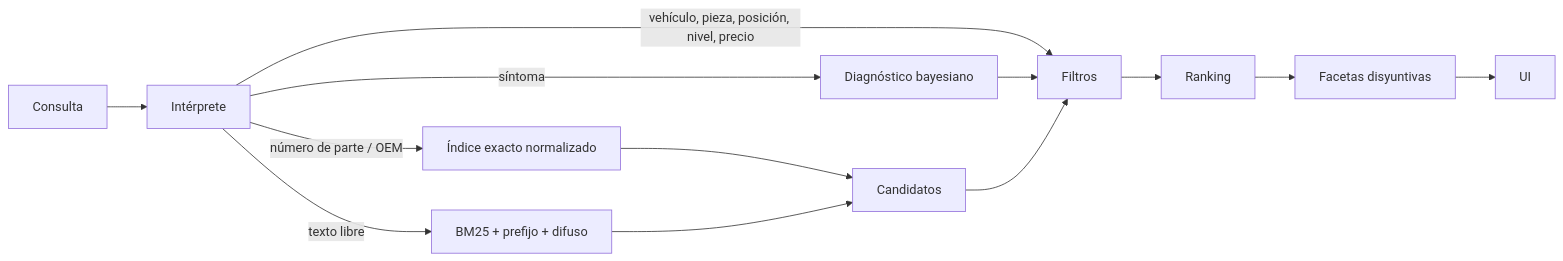
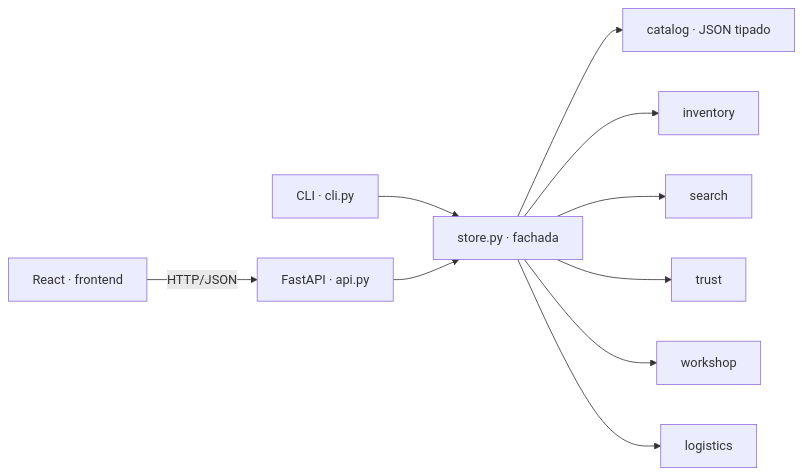
Before and after one commit to economiacircular310-cell/tienda-repuestos-roca-auto: the diagram in docs/ARQUITECTURA.md, drawn with Mermaid. The commit also changed other lines of this file and 119 other files, not shown here.

````diff
--- a/docs/ARQUITECTURA.md
+++ b/docs/ARQUITECTURA.md
@@ -44,12 +9,12 @@
 ```mermaid
 flowchart LR
-  Q[Consulta] --> P[Intérprete]
-  P -->|número de parte / OEM| X[Índice exacto normalizado]
-  P -->|síntoma| D[Diagnóstico bayesiano]
-  P -->|texto libre| M[BM25 + prefijo + difuso]
-  P -->|vehículo, pieza, posición, nivel, precio| F[Filtros]
-  X --> C[Candidatos]
-  M --> C
-  D --> F
-  C --> F --> R[Ranking] --> Facetas[Facetas disyuntivas] --> UI
+  UI[React · frontend] -- HTTP/JSON --> API[FastAPI · api.py]
+  CLI[CLI · cli.py] --> Store
+  API --> Store[store.py · fachada]
+  Store --> Catalog[catalog · JSON tipado]
+  Store --> Inventory[inventory]
+  Store --> Search[search]
+  Store --> Trust[trust]
+  Store --> Workshop[workshop]
+  Store --> Logistics[logistics]
 ```
````
